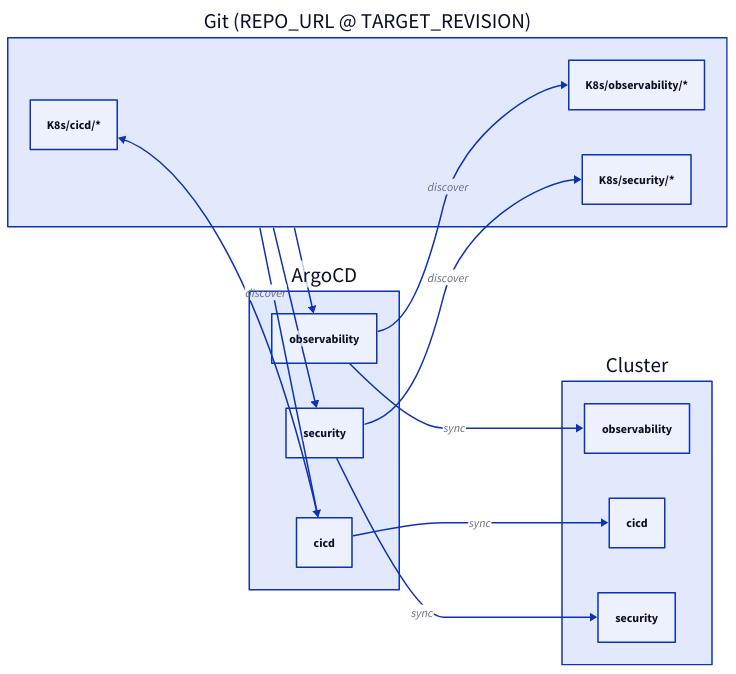
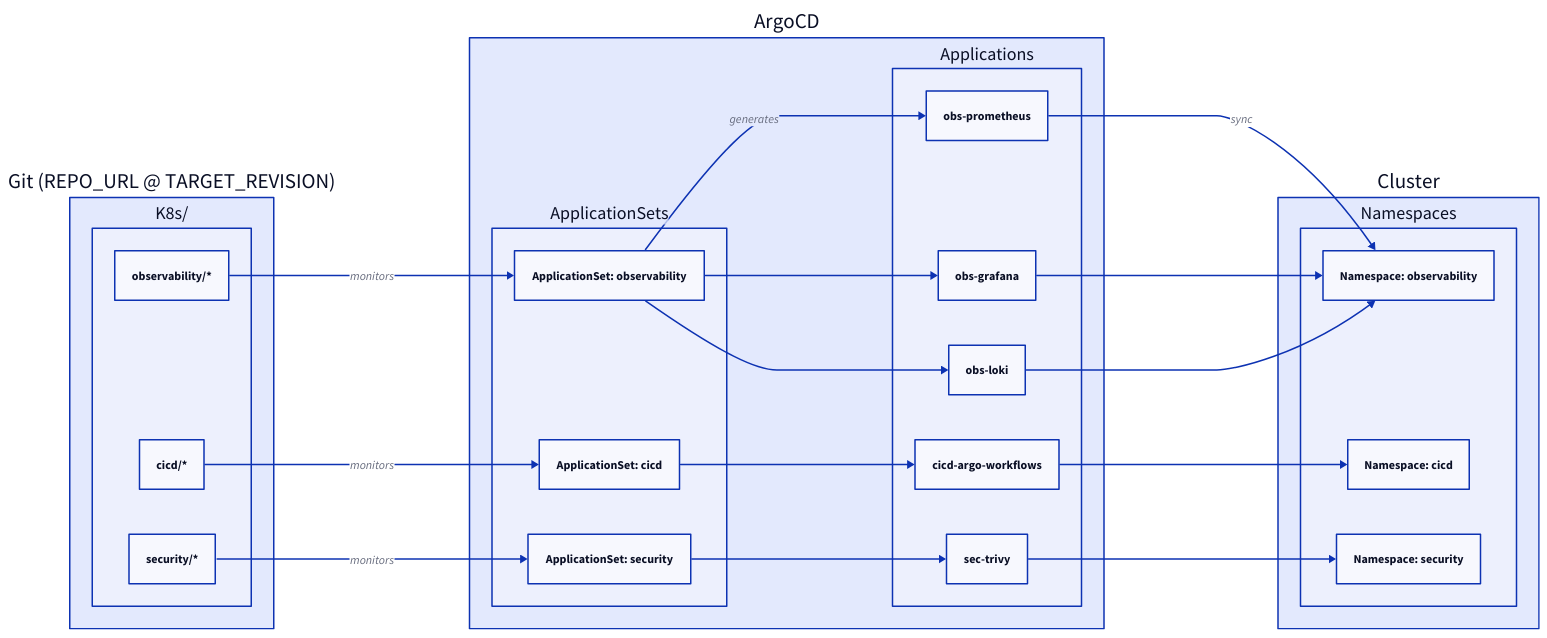
Before and after one commit to rou-cru/idp-blueprint: the diagram in Docs/concepts/gitops-model.md, drawn with D2. The commit also changed 36 other files, not shown here.

````diff
--- a/Docs/concepts/gitops-model.md
+++ b/Docs/concepts/gitops-model.md
@@ -68,33 +68,53 @@
 ```d2
 direction: right
 
 Git: {
   label: "Git (REPO_URL @ TARGET_REVISION)"
-  ObsDir: "K8s/observability/*"
-  CicdDir: "K8s/cicd/*"
-  SecDir: "K8s/security/*"
+  K8sDir: {
+    label: "K8s/"
+    Obs: "observability/*"
+    Cicd: "cicd/*"
+    Sec: "security/*"
+  }
 }
 
 Argo: {
   label: "ArgoCD"
-  Obs: observability
-  Cicd: cicd
-  Sec: security
+  ApplicationSets: {
+    ASObs: "ApplicationSet: observability"
+    ASCicd: "ApplicationSet: cicd"
+    ASSec: "ApplicationSet: security"
+  }
+  Applications: {
+    AppProm: "obs-prometheus"
+    AppGraf: "obs-grafana"
+    AppLoki: "obs-loki"
+    AppWF: "cicd-argo-workflows"
+    AppTrivy: "sec-trivy"
+  }
 }
 
 Cluster: {
-  ObsNS: observability
-  CicdNS: cicd
-  SecNS: security
+  Namespaces: {
+    ObsNS: "Namespace: observability"
+    CicdNS: "Namespace: cicd"
+    SecNS: "Namespace: security"
+  }
 }
 
-Git -> Argo.Obs
-Git -> Argo.Cicd
-Git -> Argo.Sec
-Argo.Obs -> Git.ObsDir: discover
-Argo.Cicd -> Git.CicdDir: discover
-Argo.Sec -> Git.SecDir: discover
-Argo.Obs -> Cluster.ObsNS: sync
-Argo.Cicd -> Cluster.CicdNS: sync
-Argo.Sec -> Cluster.SecNS: sync
+Git.K8sDir.Obs -> Argo.ApplicationSets.ASObs: monitors
+Git.K8sDir.Cicd -> Argo.ApplicationSets.ASCicd: monitors
+Git.K8sDir.Sec -> Argo.ApplicationSets.ASSec: monitors
+
+Argo.ApplicationSets.ASObs -> Argo.Applications.AppProm: generates
+Argo.ApplicationSets.ASObs -> Argo.Applications.AppGraf
+Argo.ApplicationSets.ASObs -> Argo.Applications.AppLoki
+Argo.ApplicationSets.ASCicd -> Argo.Applications.AppWF
+Argo.ApplicationSets.ASSec -> Argo.Applications.AppTrivy
+
+Argo.Applications.AppProm -> Cluster.Namespaces.ObsNS: sync
+Argo.Applications.AppGraf -> Cluster.Namespaces.ObsNS
+Argo.Applications.AppLoki -> Cluster.Namespaces.ObsNS
+Argo.Applications.AppWF -> Cluster.Namespaces.CicdNS
+Argo.Applications.AppTrivy -> Cluster.Namespaces.SecNS
 ```
````
